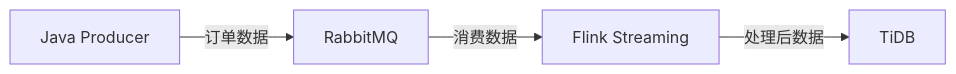
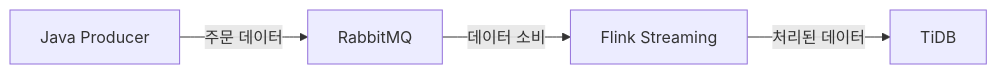
One commit to JasonHeo1/Flink-big-data changed the diagram in README.md. Above: the diagram before and after it, drawn with Mermaid. The commit also changed other lines of this file, not shown here.

````diff
--- a/README.md
+++ b/README.md
@@ -8,6 +8,6 @@
 ```mermaid
 graph LR
-    A[Java Producer] -->|订单数据| B[RabbitMQ]
-    B -->|消费数据| C[Flink Streaming]
-    C -->|处理后数据| D[TiDB]
+    A[Java Producer] -->|주문 데이터| B[RabbitMQ]
+    B -->|데이터 소비| C[Flink Streaming]
+    C -->|처리된 데이터| D[TiDB]
 ```
````
